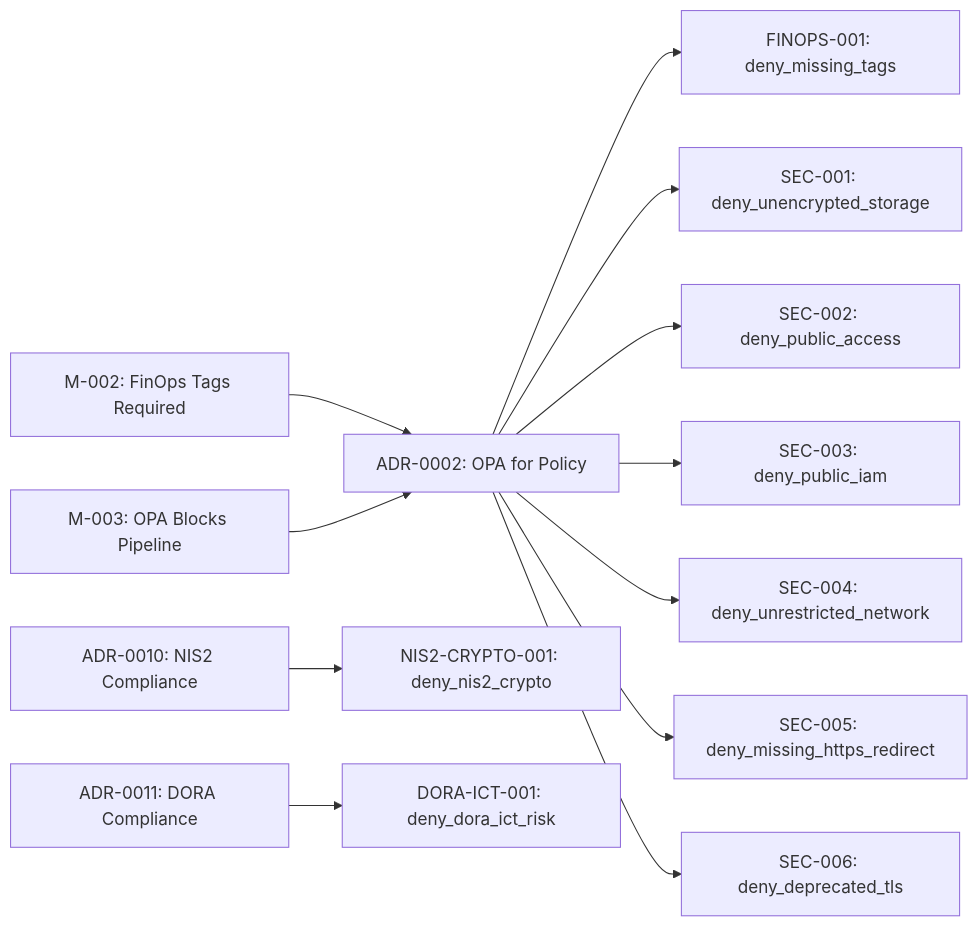
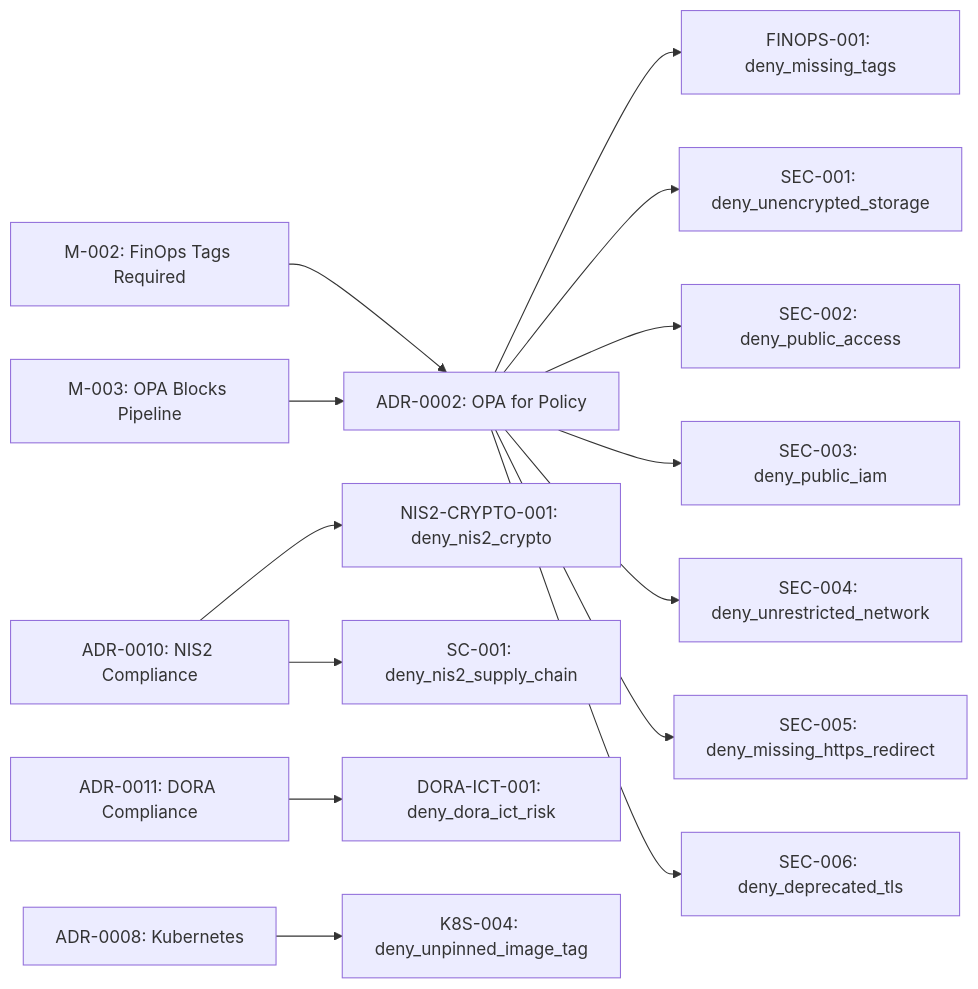
One commit to DevelApp-ai/deterministic-technical-design-specification changed the first of 2 diagrams in example/docs/compliance/opa-policies.md. Above: the diagram before and after it, drawn with Mermaid. The commit also changed other lines of this file and 5 other files, not shown here.

````diff
--- a/example/docs/compliance/opa-policies.md
+++ b/example/docs/compliance/opa-policies.md
@@ -59,14 +59,16 @@
 ```mermaid
 graph LR
     M002["M-002: FinOps Tags Required"] --> ADR002["ADR-0002: OPA for Policy"]
     M003["M-003: OPA Blocks Pipeline"] --> ADR002
     ADR002 --> FIN001["FINOPS-001: deny_missing_tags"]
     ADR002 --> SEC001["SEC-001: deny_unencrypted_storage"]
     ADR002 --> SEC002["SEC-002: deny_public_access"]
     ADR002 --> SEC003["SEC-003: deny_public_iam"]
     ADR002 --> SEC004["SEC-004: deny_unrestricted_network"]
     ADR002 --> SEC005["SEC-005: deny_missing_https_redirect"]
     ADR002 --> SEC006["SEC-006: deny_deprecated_tls"]
     ADR010["ADR-0010: NIS2 Compliance"] --> NIS2C["NIS2-CRYPTO-001: deny_nis2_crypto"]
+    ADR010 --> SC001["SC-001: deny_nis2_supply_chain"]
     ADR011["ADR-0011: DORA Compliance"] --> DORA1["DORA-ICT-001: deny_dora_ict_risk"]
+    ADR008["ADR-0008: Kubernetes"] --> K8S004["K8S-004: deny_unpinned_image_tag"]
 ```
````
